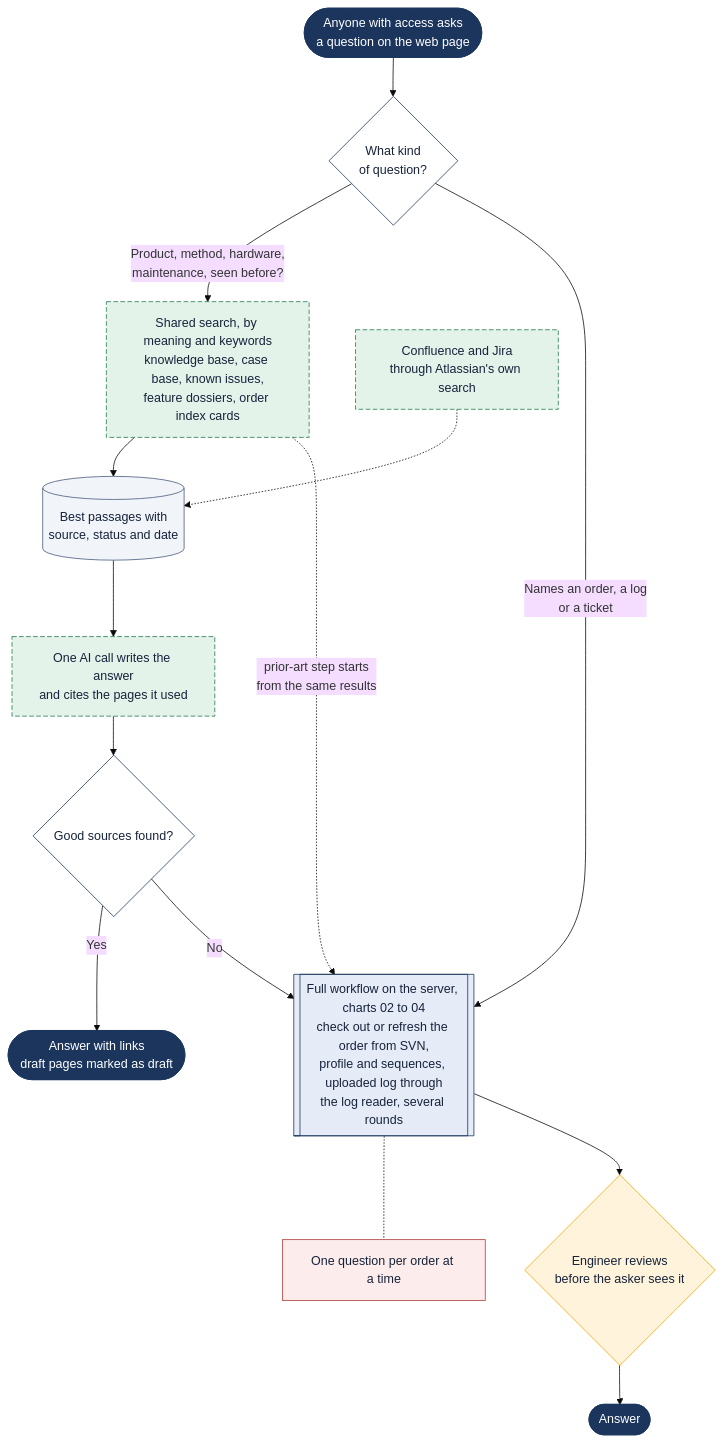
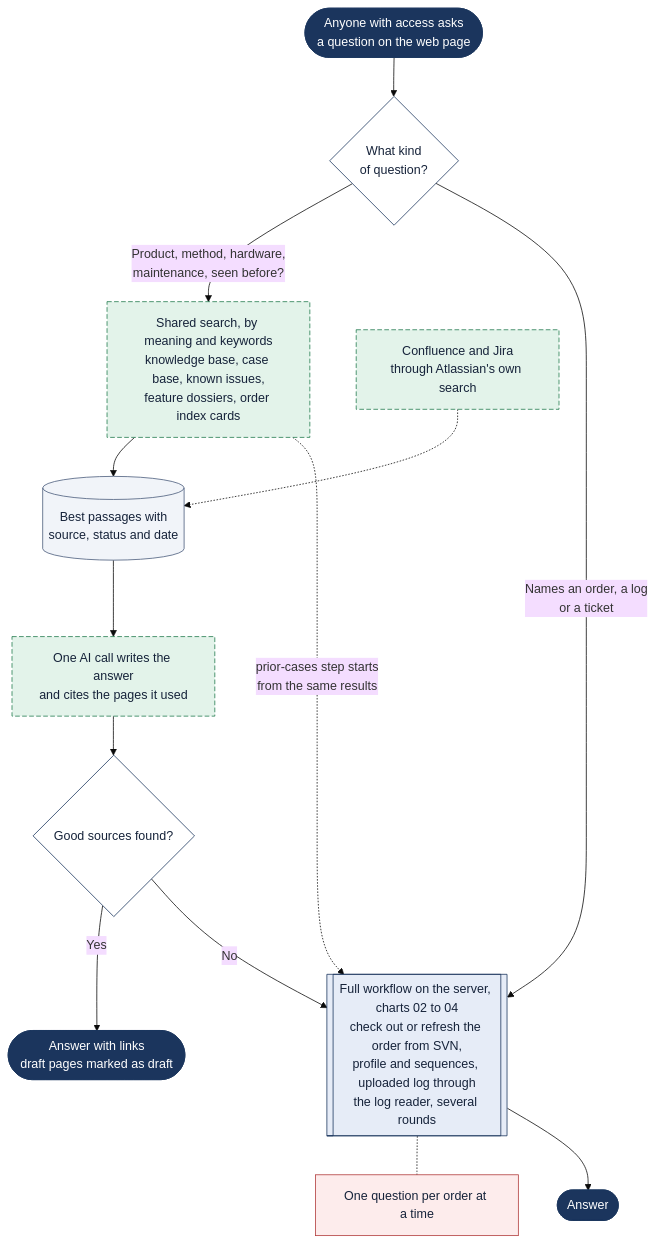
One commit to SkalarJoostE/Robotics-Private changed the diagram in Rollout/Flowcharts/11-proposal-any-robot-question.md. Above: the diagram before and after it, drawn with Mermaid (base theme). The commit also changed 5 other files, not shown here.

First line of the commit message:
docs(flowcharts): plainer step names, no customer contact, no review gate

````diff
--- a/Rollout/Flowcharts/11-proposal-any-robot-question.md
+++ b/Rollout/Flowcharts/11-proposal-any-robot-question.md
@@ -7,29 +7,28 @@
 ```mermaid
 flowchart TD
     Q([Anyone with access asks<br/>a question on the web page]):::start --> ROUTE{What kind<br/>of question?}:::decision
     ROUTE -->|"Product, method, hardware,<br/>maintenance, seen before?"| SEARCH
     ROUTE -->|"Names an order, a log<br/>or a ticket"| AGENT
 
     SEARCH["Shared search, by meaning and keywords<br/>knowledge base, case base, known issues,<br/>feature dossiers, order index cards"]:::proposed
     CONF[Confluence and Jira<br/>through Atlassian's own search]:::proposed
     SEARCH --> TOP[(Best passages with<br/>source, status and date)]:::store
     CONF -.-> TOP
     TOP --> ANSWER[One AI call writes the answer<br/>and cites the pages it used]:::proposed
     ANSWER --> GOOD{Good sources found?}:::decision
     GOOD -->|Yes| OUT1([Answer with links<br/>draft pages marked as draft]):::start
     GOOD -->|No| AGENT
 
     AGENT[["Full workflow on the server, charts 02 to 04<br/>check out or refresh the order from SVN,<br/>profile and sequences, uploaded log through<br/>the log reader, several rounds"]]:::ai
     AGENT -.- QUEUE[One question per order at a time]:::rule
-    SEARCH -.->|"prior-art step starts<br/>from the same results"| AGENT
-    AGENT --> REVIEW{Engineer reviews<br/>before the asker sees it}:::human
-    REVIEW --> OUT2([Answer]):::start
+    SEARCH -.->|"prior-cases step starts<br/>from the same results"| AGENT
+    AGENT --> OUT2([Answer]):::start
 
     classDef start fill:#1b355d,stroke:#1b355d,color:#ffffff
     classDef ai fill:#e6ecf7,stroke:#1b355d,color:#16233a
     classDef decision fill:#ffffff,stroke:#1b355d,color:#16233a
     classDef human fill:#fff3db,stroke:#ffa400,color:#16233a
     classDef store fill:#f1f4f9,stroke:#47597a,color:#16233a
     classDef rule fill:#fdecec,stroke:#b03a3a,color:#16233a
     classDef proposed fill:#e3f3ea,stroke:#1f7a4d,color:#16233a,stroke-dasharray:6 3
 ```
````
